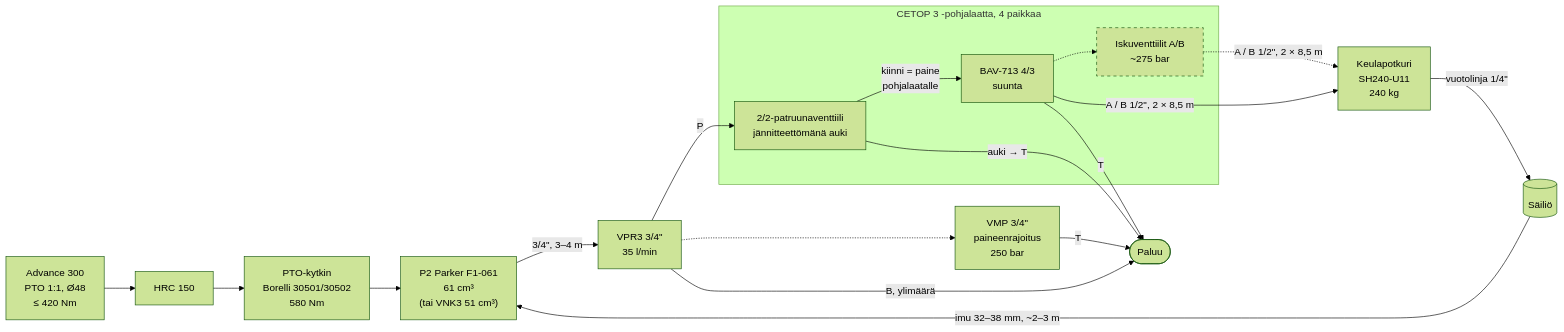
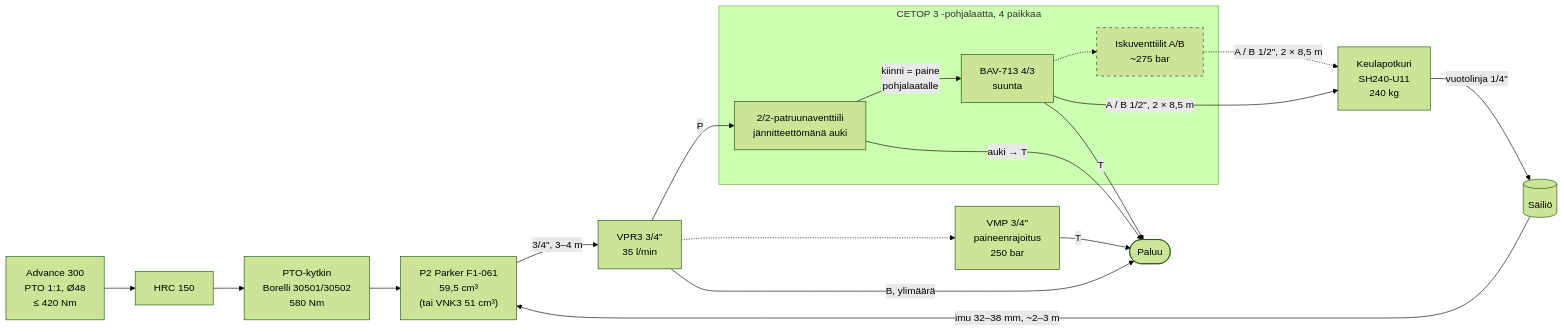
The second of 3 diagrams in hydraulics/schematic.md (plektra/vega-systems), drawn with Mermaid (forest theme) before and after one commit. The commit also changed 5 other files, not shown here.

````diff
--- a/hydraulics/schematic.md
+++ b/hydraulics/schematic.md
@@ -38,39 +38,39 @@
 ```mermaid
 flowchart LR
   GB["Advance 300<br/>PTO 1:1, Ø48<br/>≤ 420 Nm"]
   HRC["HRC 150"]
   CL["PTO-kytkin<br/>Borelli 30501/30502<br/>580 Nm"]
   TANK[("Säiliö")]
-  P2["P2 Parker F1-061<br/>61 cm³<br/>(tai VNK3 51 cm³)"]
+  P2["P2 Parker F1-061<br/>59,5 cm³<br/>(tai VNK3 51 cm³)"]
   VPR3["VPR3 3/4#quot;<br/>35 l/min"]
   VMP["VMP 3/4#quot;<br/>paineenrajoitus<br/>250 bar"]
   UNL["2/2-patruunaventtiili<br/>jännitteettömänä auki"]
   BAV["BAV-713 4/3<br/>suunta"]
   SHOCK["Iskuventtiilit A/B<br/>~275 bar"]
   THR["Keulapotkuri<br/>SH240-U11<br/>240 kg"]
   RET(["Paluu"])
 
   GB --> HRC --> CL --> P2
   TANK -->|"imu 32–38 mm, ~2–3 m"| P2
   P2 -->|"3/4#quot;, 3–4 m"| VPR3
   VPR3 -->|P| UNL
   VPR3 -.-> VMP
   UNL -->|"kiinni = paine<br/>pohjalaatalle"| BAV
   BAV -.-> SHOCK
   SHOCK -.->|"A / B 1/2#quot;, 2 × 8,5 m"| THR
   BAV -->|"A / B 1/2#quot;, 2 × 8,5 m"| THR
   VPR3 -->|"B, ylimäärä"| RET
   UNL -->|"auki → T"| RET
   BAV -->|T| RET
   VMP -->|T| RET
   THR -->|"vuotolinja 1/4#quot;"| TANK
 
   subgraph MAN ["CETOP 3 -pohjalaatta, 4 paikkaa"]
     UNL
     BAV
     SHOCK
   end
 
   classDef planned stroke-dasharray: 5 5
   class SHOCK planned
 ```
````
